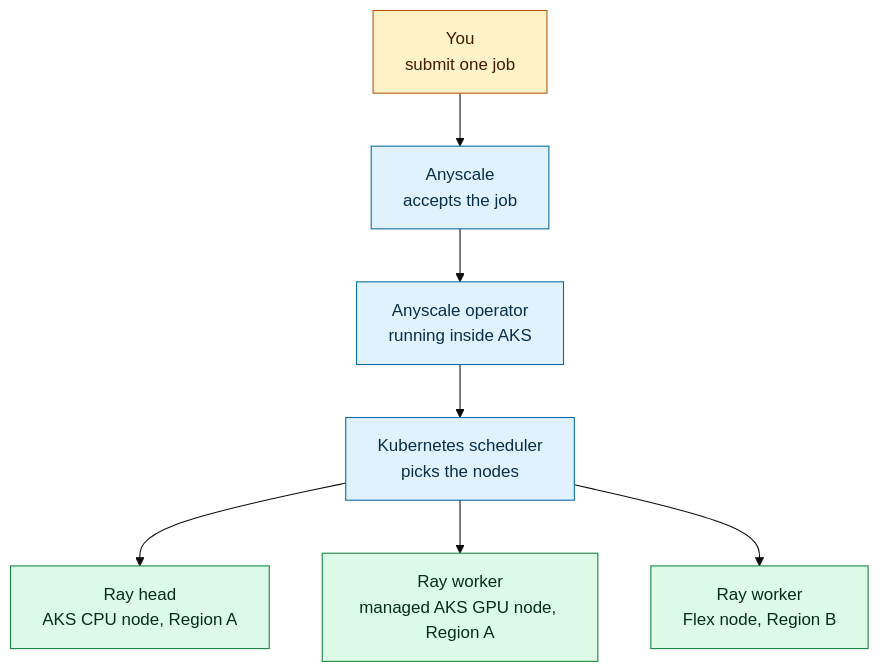
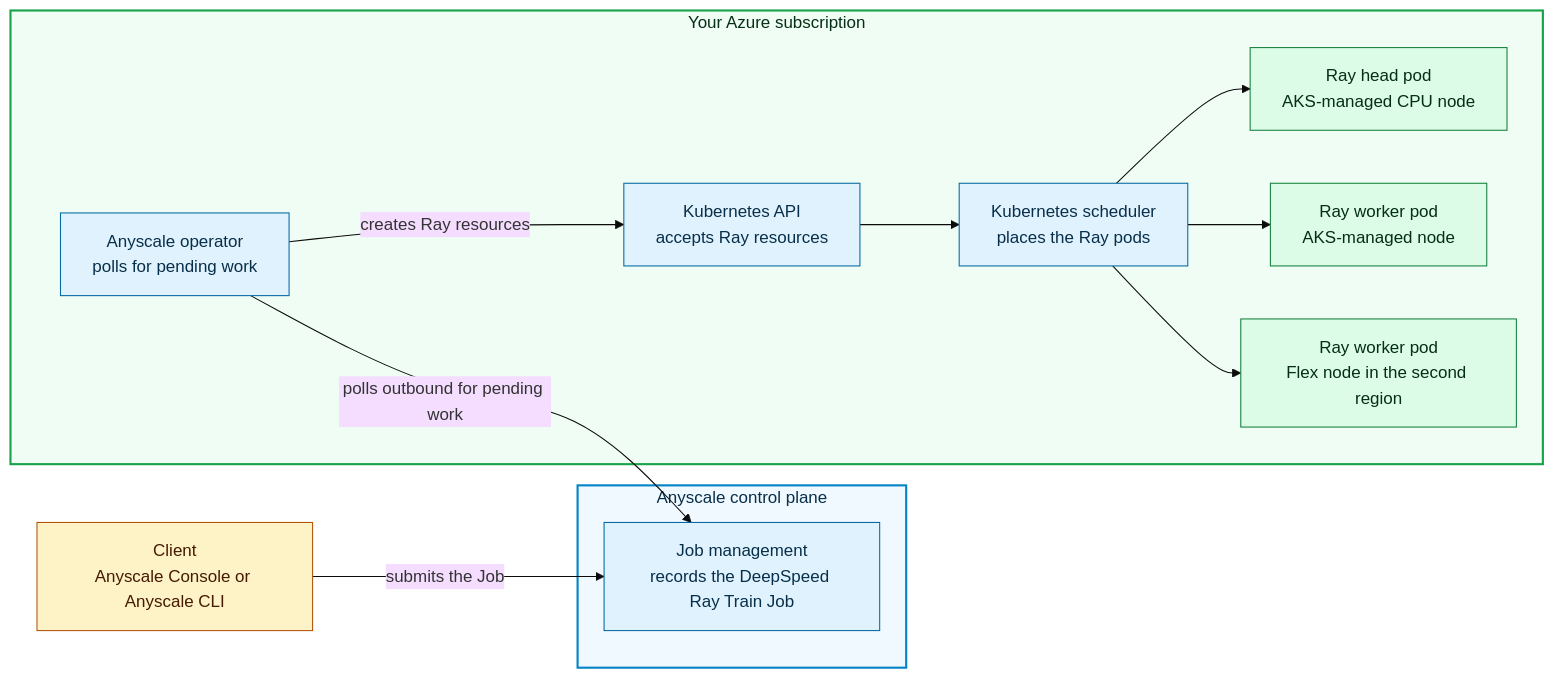
One commit to KenKilty/aks-flex-anyscale-lab changed the diagram in docs/ai-workloads-on-aks/key-concepts.mdx. Above: the diagram before and after it, drawn with Mermaid (base theme). The commit also changed other lines of this file and 9 other files, not shown here.

Commit message:
docs: clarify lab architecture and concepts

````diff
--- a/docs/ai-workloads-on-aks/key-concepts.mdx
+++ b/docs/ai-workloads-on-aks/key-concepts.mdx
@@ -100,22 +180,35 @@
 ```mermaid
-flowchart TB
-  you["You<br/>submit one job"]
-  anyscale["Anyscale<br/>accepts the job"]
-  operator["Anyscale operator<br/>running inside AKS"]
-  k8s["Kubernetes scheduler<br/>picks the nodes"]
-  head["Ray head<br/>AKS CPU node, Region A"]
-  worker1["Ray worker<br/>managed AKS GPU node, Region A"]
-  worker2["Ray worker<br/>Flex node, Region B"]
+flowchart LR
+  client["Client<br/>Anyscale Console or Anyscale CLI"]
 
-  you --> anyscale --> operator --> k8s
-  k8s --> head
-  k8s --> worker1
-  k8s --> worker2
+  subgraph controlPlane["Anyscale control plane"]
+    jobManager["Job management<br/>records the DeepSpeed Ray Train Job"]
+  end
 
-  classDef person fill:#fef3c7,stroke:#b45309,color:#451a03,font-size:16px
-  classDef service fill:#e0f2fe,stroke:#0369a1,color:#082f49,font-size:16px
-  classDef compute fill:#dcfce7,stroke:#15803d,color:#052e16,font-size:16px
-  class you person
-  class anyscale,operator,k8s service
-  class head,worker1,worker2 compute
+  subgraph azureSubscription["Your Azure subscription"]
+    operator["Anyscale operator<br/>polls for pending work"]
+    kubernetesApi["Kubernetes API<br/>accepts Ray resources"]
+    scheduler["Kubernetes scheduler<br/>places the Ray pods"]
+    head["Ray head pod<br/>AKS-managed CPU node"]
+    managedWorker["Ray worker pod<br/>AKS-managed node"]
+    flexWorker["Ray worker pod<br/>Flex node in the second region"]
+
+    operator -->|creates Ray resources| kubernetesApi
+    kubernetesApi --> scheduler
+    scheduler --> head
+    scheduler --> managedWorker
+    scheduler --> flexWorker
+  end
+
+  client -->|submits the Job| jobManager
+  operator -->|polls outbound for pending work| jobManager
+
+  classDef clientStyle fill:#fef3c7,stroke:#b45309,color:#451a03,font-size:16px
+  classDef controlStyle fill:#e0f2fe,stroke:#0369a1,color:#082f49,font-size:16px
+  classDef computeStyle fill:#dcfce7,stroke:#15803d,color:#052e16,font-size:16px
+  class client clientStyle
+  class jobManager,operator,kubernetesApi,scheduler controlStyle
+  class head,managedWorker,flexWorker computeStyle
+  style controlPlane fill:#f0f9ff,stroke:#0284c7,stroke-width:2px,color:#082f49
+  style azureSubscription fill:#f0fdf4,stroke:#16a34a,stroke-width:2px,color:#052e16
 ```
````
